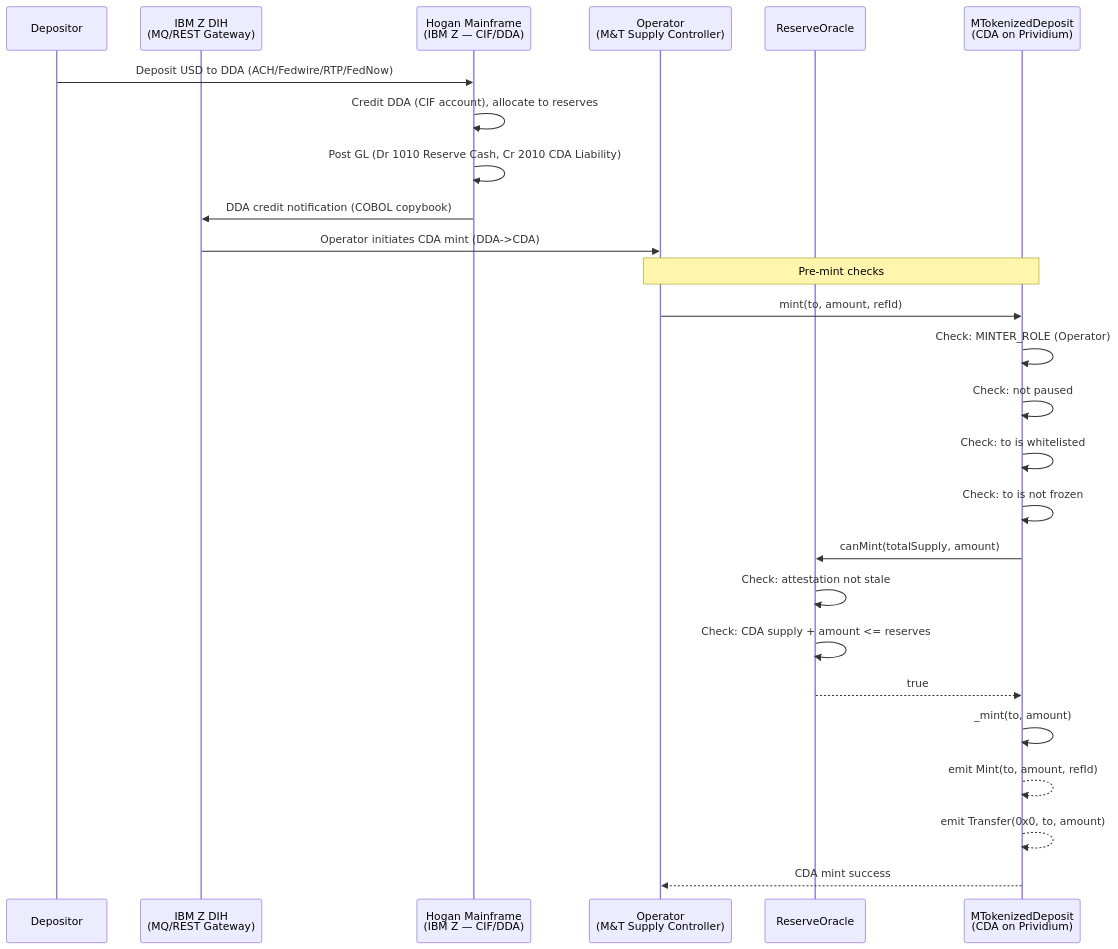
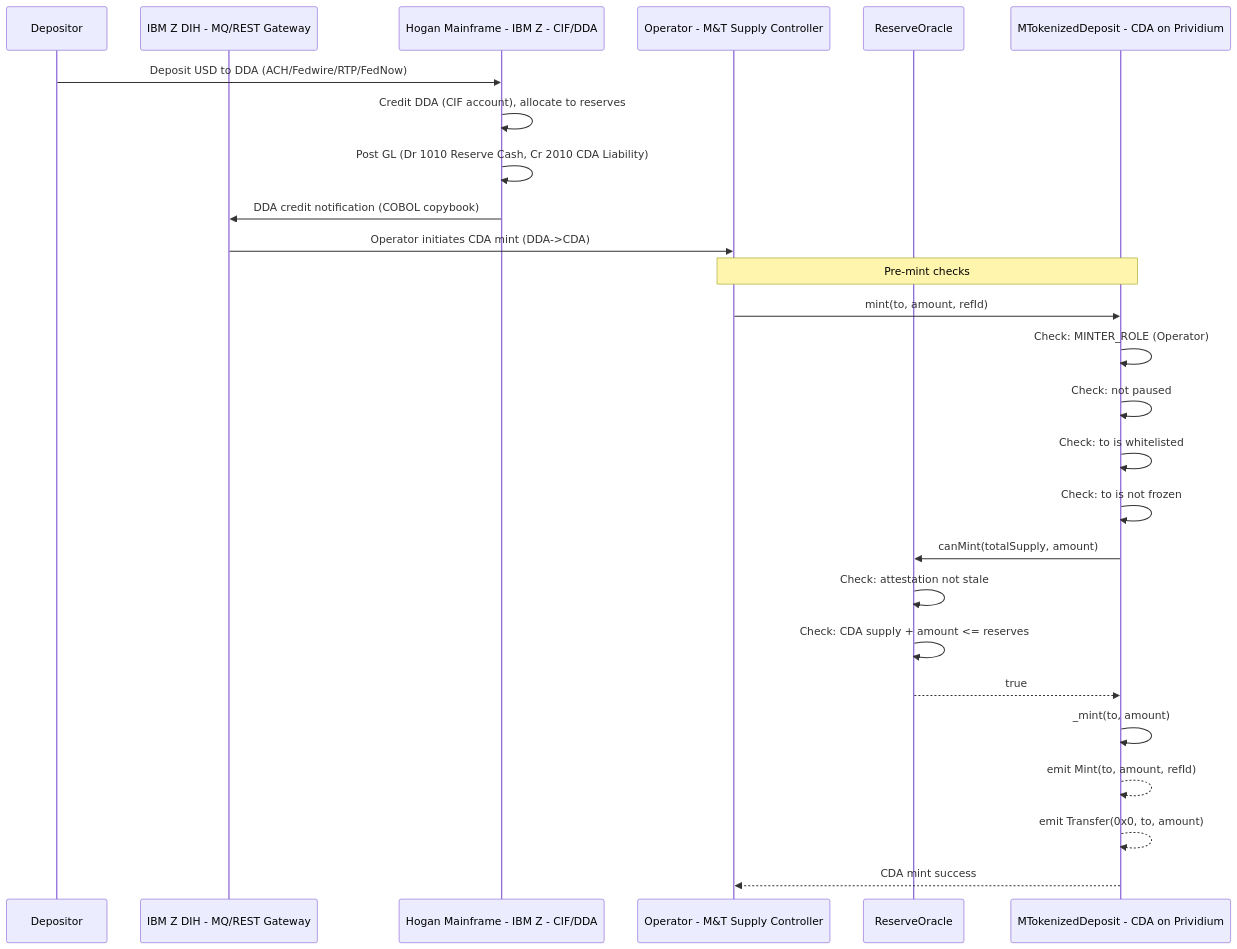
Before and after one commit to jnodes/tokenized-deposits: the first of 6 diagrams in docs/contract_flow_diagrams.md, drawn with Mermaid. The commit also changed other lines of this file and 6 other files, not shown here.

Commit message:
fix: repair Mermaid diagram syntax for GitHub rendering — quote special chars, remove em-dashes, fix participant labels

````diff
--- a/docs/contract_flow_diagrams.md
+++ b/docs/contract_flow_diagrams.md
@@ -5,33 +5,33 @@
 ```mermaid
 sequenceDiagram
     participant Depositor
-    participant ZDIH as IBM Z DIH<br/>(MQ/REST Gateway)
-    participant Hogan as Hogan Mainframe<br/>(IBM Z — CIF/DDA)
-    participant Operator as Operator<br/>(M&T Supply Controller)
+    participant ZDIH as IBM Z DIH - MQ/REST Gateway
+    participant Hogan as Hogan Mainframe - IBM Z - CIF/DDA
+    participant Operator as Operator - M&T Supply Controller
     participant Oracle as ReserveOracle
-    participant Token as MTokenizedDeposit<br/>(CDA on Prividium)
+    participant Token as MTokenizedDeposit - CDA on Prividium
 
     Depositor->>Hogan: Deposit USD to DDA (ACH/Fedwire/RTP/FedNow)
     Hogan->>Hogan: Credit DDA (CIF account), allocate to reserves
     Hogan->>Hogan: Post GL (Dr 1010 Reserve Cash, Cr 2010 CDA Liability)
     Hogan->>ZDIH: DDA credit notification (COBOL copybook)
     ZDIH->>Operator: Operator initiates CDA mint (DDA->CDA)
 
     Note over Operator,Token: Pre-mint checks
 
     Operator->>Token: mint(to, amount, refId)
     Token->>Token: Check: MINTER_ROLE (Operator)
     Token->>Token: Check: not paused
     Token->>Token: Check: to is whitelisted
     Token->>Token: Check: to is not frozen
 
     Token->>Oracle: canMint(totalSupply, amount)
     Oracle->>Oracle: Check: attestation not stale
     Oracle->>Oracle: Check: CDA supply + amount <= reserves
     Oracle-->>Token: true
 
     Token->>Token: _mint(to, amount)
     Token-->>Token: emit Mint(to, amount, refId)
     Token-->>Token: emit Transfer(0x0, to, amount)
     Token-->>Operator: CDA mint success
 ```
````
